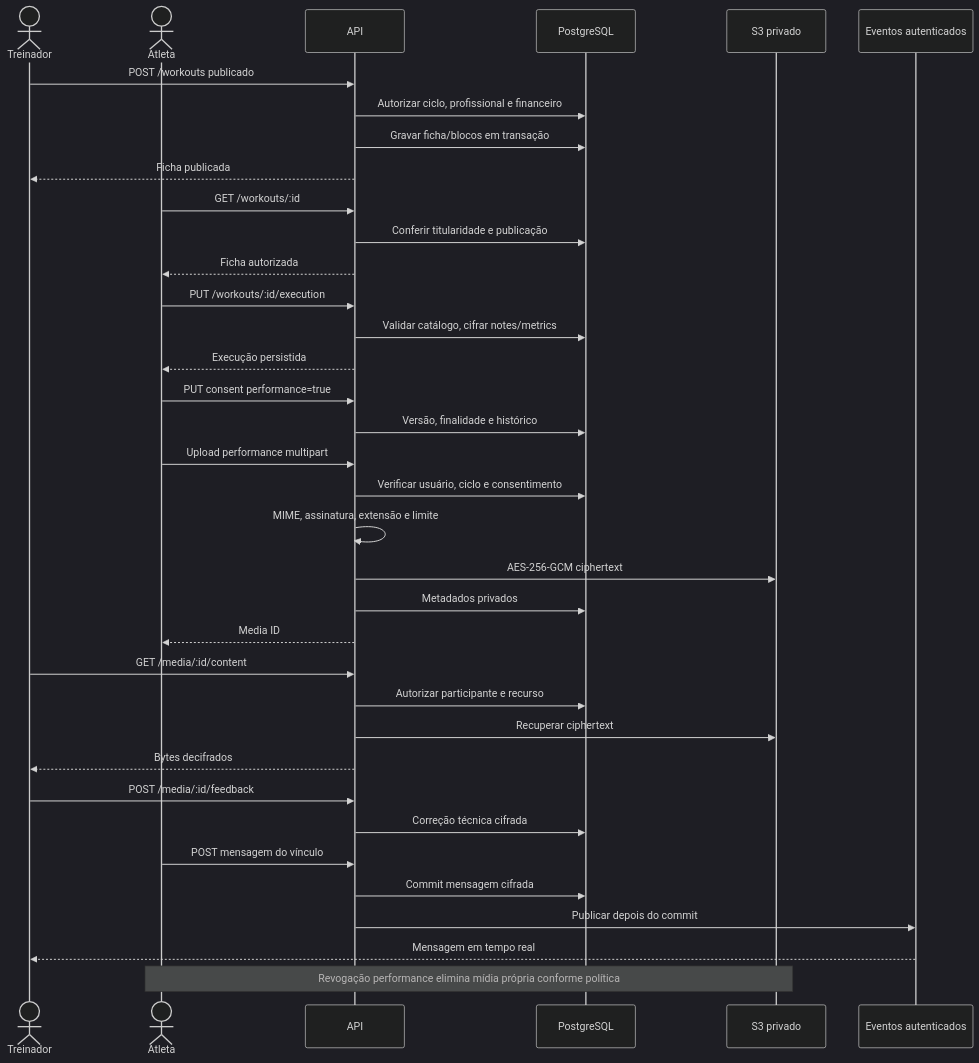
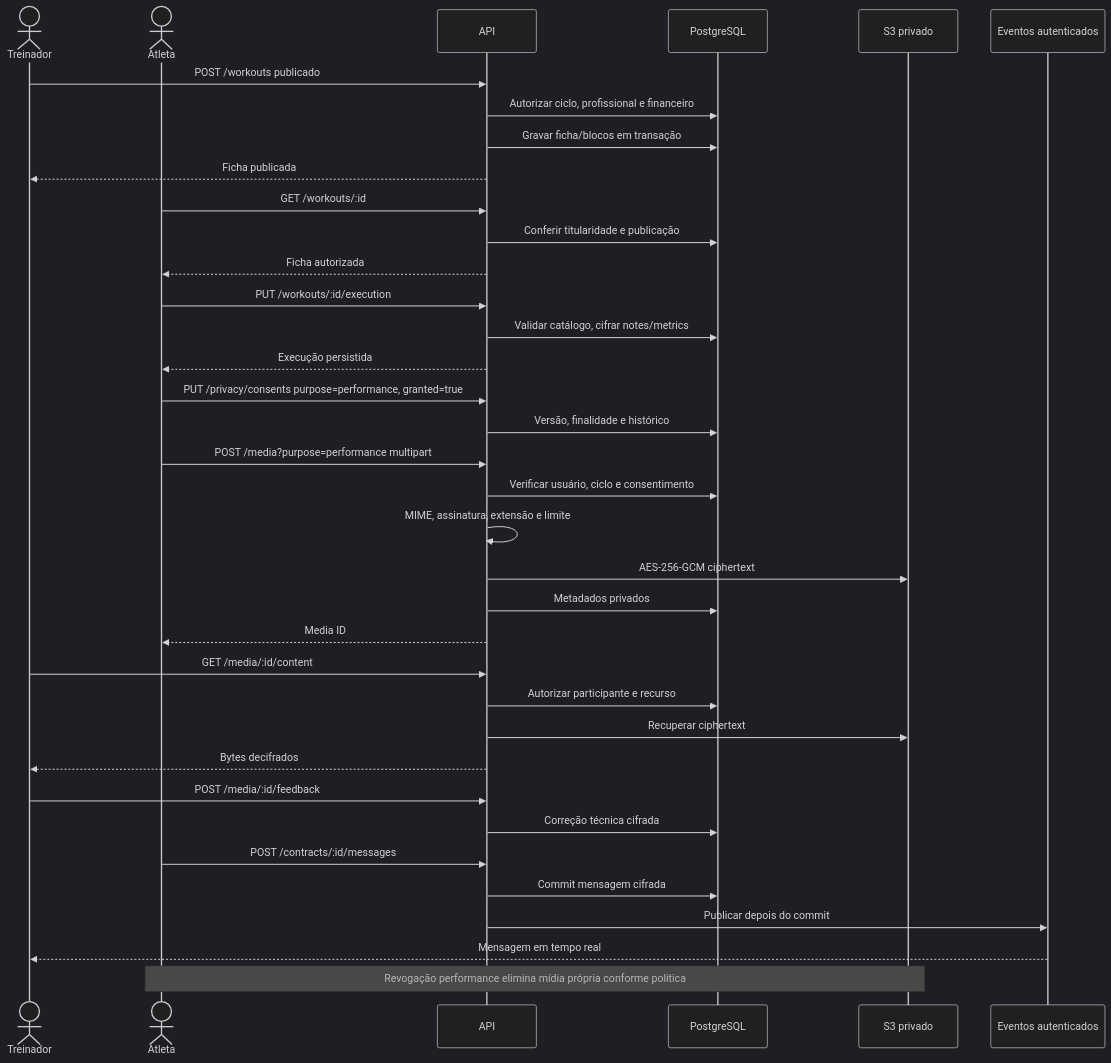
The diagram in docs/evolucao/diagramas/sequencia-treino.mmd (DaviSouza78/LinkAtletas), drawn with Mermaid (dark theme) before and after one commit. The commit also changed 16 other files, not shown here.

Commit message:
corrige os diagramas e confere a documentacao com o banco real

```diff
--- a/docs/evolucao/diagramas/sequencia-treino.mmd
+++ b/docs/evolucao/diagramas/sequencia-treino.mmd
@@ -1,36 +1,36 @@
 sequenceDiagram
   actor T as Treinador
   actor A as Atleta
   participant API as API
   participant DB as PostgreSQL
   participant S3 as S3 privado
   participant WS as Eventos autenticados
   T->>API: POST /workouts publicado
   API->>DB: Autorizar ciclo, profissional e financeiro
   API->>DB: Gravar ficha/blocos em transação
   API-->>T: Ficha publicada
   A->>API: GET /workouts/:id
   API->>DB: Conferir titularidade e publicação
   API-->>A: Ficha autorizada
   A->>API: PUT /workouts/:id/execution
   API->>DB: Validar catálogo, cifrar notes/metrics
   API-->>A: Execução persistida
-  A->>API: PUT consent performance=true
+  A->>API: PUT /privacy/consents purpose=performance, granted=true
   API->>DB: Versão, finalidade e histórico
-  A->>API: Upload performance multipart
+  A->>API: POST /media?purpose=performance multipart
   API->>DB: Verificar usuário, ciclo e consentimento
   API->>API: MIME, assinatura, extensão e limite
   API->>S3: AES-256-GCM ciphertext
   API->>DB: Metadados privados
   API-->>A: Media ID
   T->>API: GET /media/:id/content
   API->>DB: Autorizar participante e recurso
   API->>S3: Recuperar ciphertext
   API-->>T: Bytes decifrados
   T->>API: POST /media/:id/feedback
   API->>DB: Correção técnica cifrada
-  A->>API: POST mensagem do vínculo
+  A->>API: POST /contracts/:id/messages
   API->>DB: Commit mensagem cifrada
   API->>WS: Publicar depois do commit
   WS-->>T: Mensagem em tempo real
   Note over A,S3: Revogação performance elimina mídia própria conforme política
```
